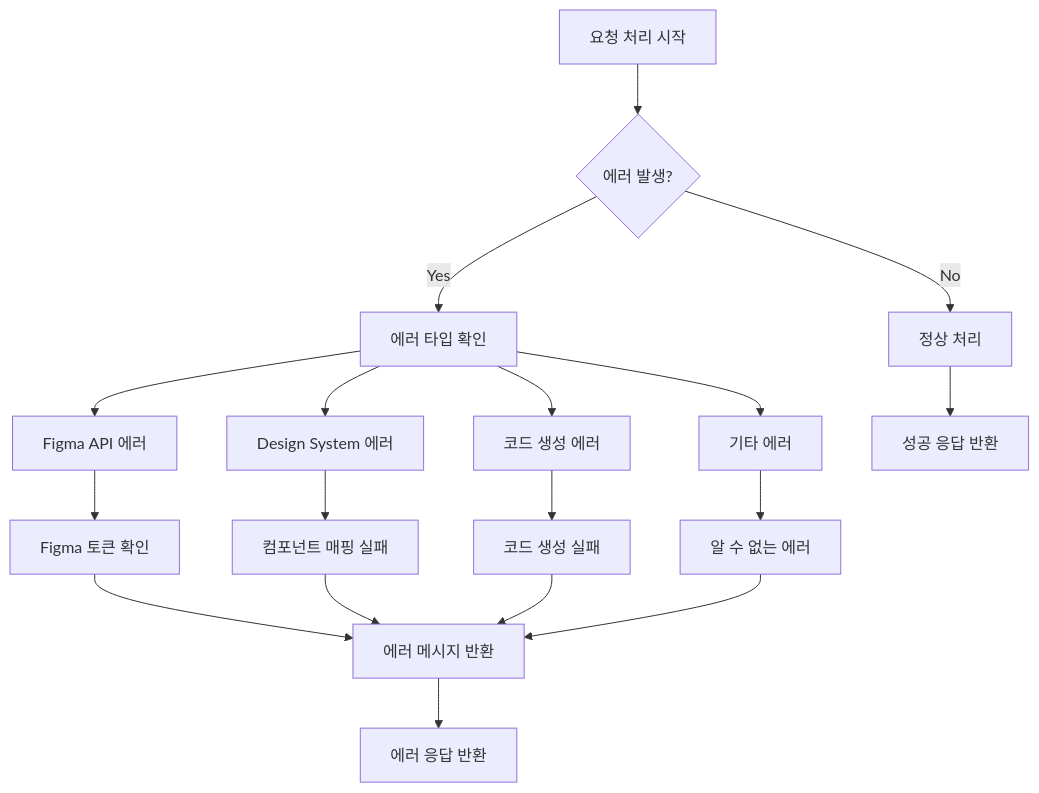
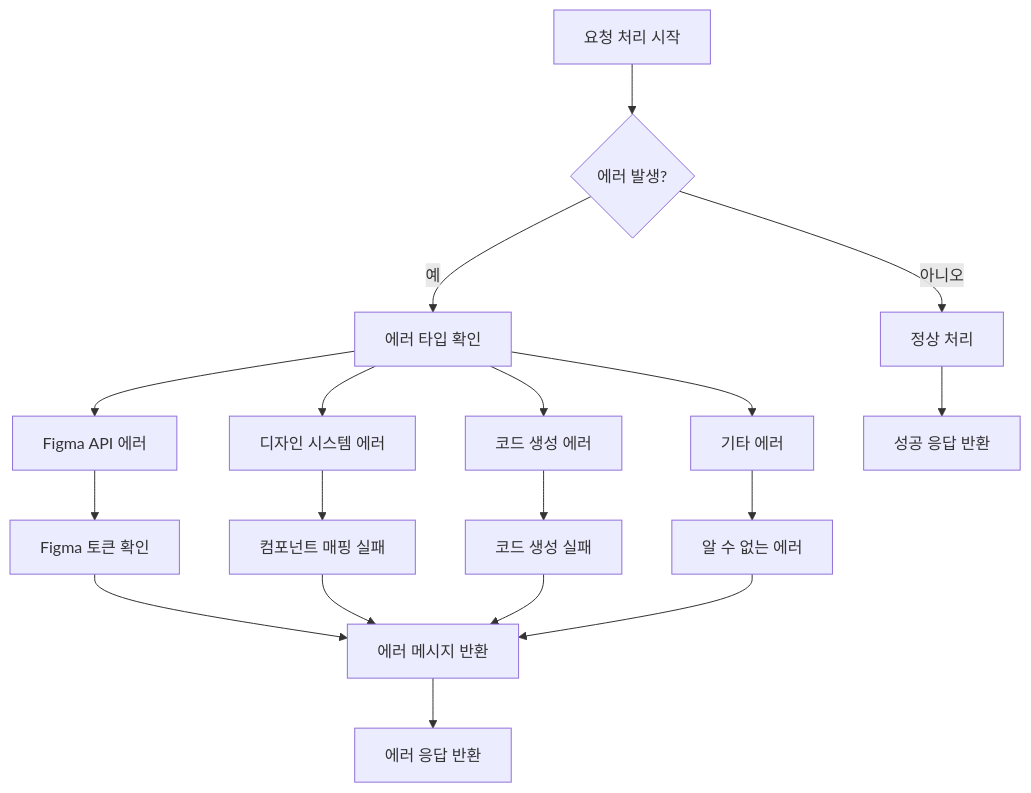
One commit to Opti-kjh/palette changed the eighth of 8 diagrams in project-flow-diagram.md. Above: the diagram before and after it, drawn with Mermaid. The commit also changed other lines of this file and 2 other files, not shown here.

Commit message:
project-flow-diagram 주석 설치

````diff
--- a/project-flow-diagram.md
+++ b/project-flow-diagram.md
@@ -234,25 +234,25 @@
 ```mermaid
 graph TD
     A[요청 처리 시작] --> B{에러 발생?}
     
-    B -->|No| C[정상 처리]
-    B -->|Yes| D[에러 타입 확인]
+    B -->|아니오| C[정상 처리]
+    B -->|예| D[에러 타입 확인]
     
     D --> E[Figma API 에러]
-    D --> F[Design System 에러]
+    D --> F[디자인 시스템 에러]
     D --> G[코드 생성 에러]
     D --> H[기타 에러]
     
     E --> I[Figma 토큰 확인]
     F --> J[컴포넌트 매핑 실패]
     G --> K[코드 생성 실패]
     H --> L[알 수 없는 에러]
     
     I --> M[에러 메시지 반환]
     J --> M
     K --> M
     L --> M
     
     C --> N[성공 응답 반환]
     M --> O[에러 응답 반환]
 ```
````
